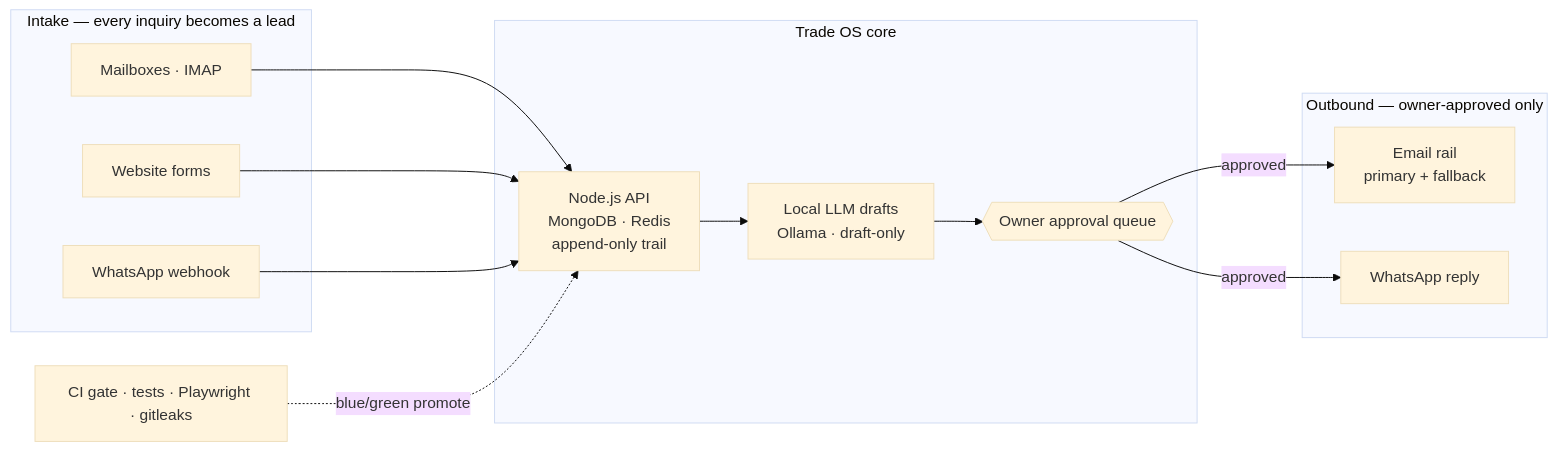
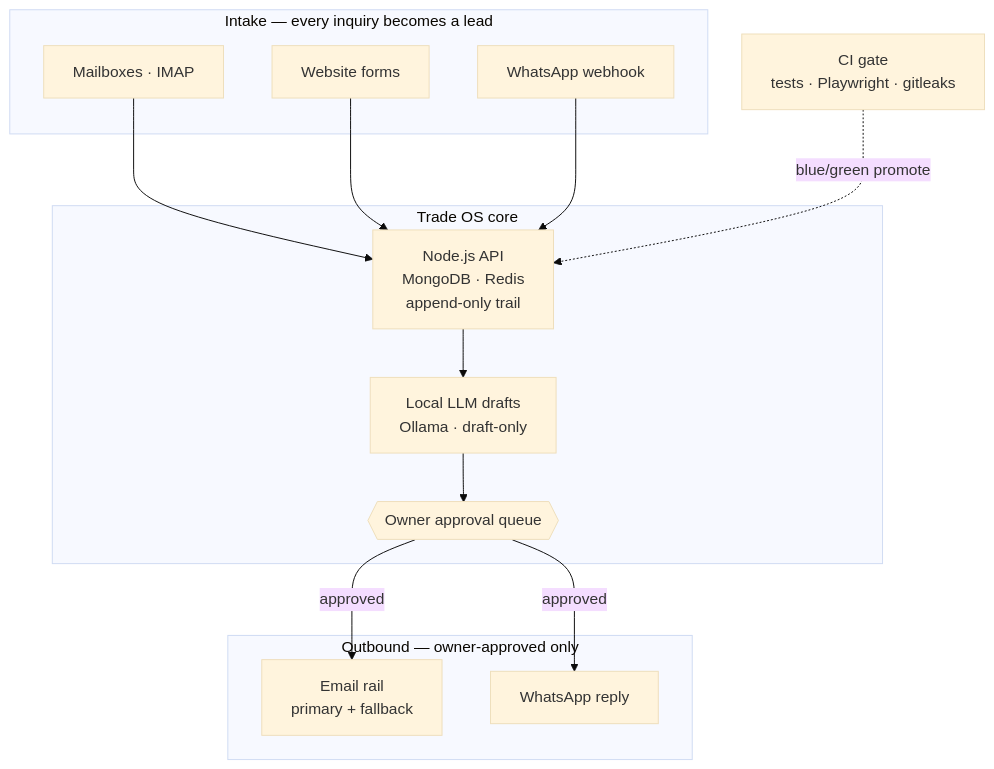
Before and after one commit to NoorSiddiquiDubai/NoorSiddiquiDubai: the diagram in README.md, drawn with Mermaid (base theme).

Commit message:
Profile: diagram top-to-bottom for readability

````diff
--- a/README.md
+++ b/README.md
@@ -33,24 +33,24 @@
 ```mermaid
-flowchart LR
+flowchart TB
   subgraph Intake["Intake — every inquiry becomes a lead"]
     M[Mailboxes · IMAP]
     W[Website forms]
     WA[WhatsApp webhook]
   end
   subgraph Core["Trade OS core"]
     API[Node.js API<br/>MongoDB · Redis<br/>append-only trail]
     AI[Local LLM drafts<br/>Ollama · draft-only]
     Q{{Owner approval queue}}
   end
   subgraph Out["Outbound — owner-approved only"]
     E[Email rail<br/>primary + fallback]
     WO[WhatsApp reply]
   end
   M --> API
   W --> API
   WA --> API
   API --> AI --> Q
   Q -->|approved| E
   Q -->|approved| WO
-  CI[CI gate · tests · Playwright · gitleaks] -. blue/green promote .-> API
+  CI[CI gate<br/>tests · Playwright · gitleaks] -. blue/green promote .-> API
 ```
````
